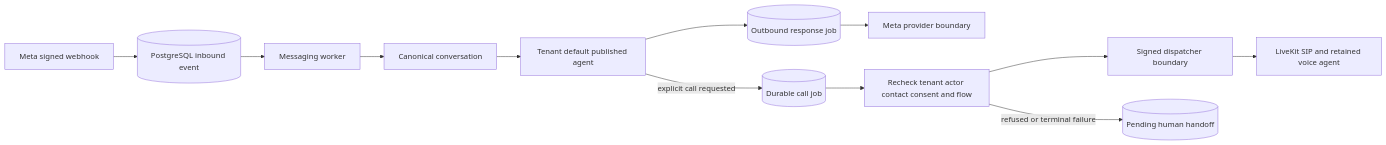
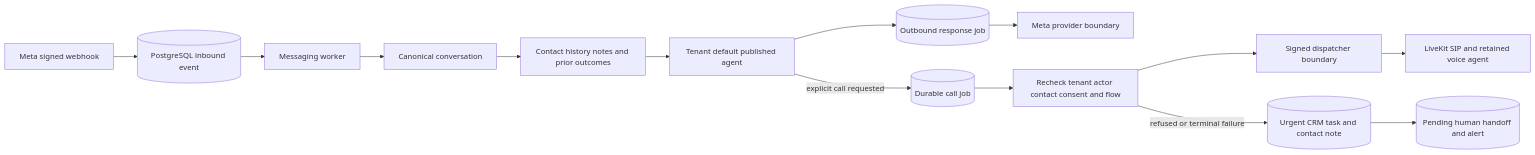
The diagram in docs/runbooks/whatsapp-ai-and-call.md (Or-On/OrOn-CRM), drawn with Mermaid before and after one commit. The commit also changed other lines of this file and 31 other files, not shown here.

````diff
--- a/docs/runbooks/whatsapp-ai-and-call.md
+++ b/docs/runbooks/whatsapp-ai-and-call.md
@@ -10,14 +10,16 @@
 ```mermaid
 flowchart LR
   Meta[Meta signed webhook] --> Inbox[(PostgreSQL inbound event)]
   Inbox --> Worker[Messaging worker]
   Worker --> Canonical[Canonical conversation]
-  Canonical --> AI[Tenant default published agent]
+  Canonical --> CRM[Contact history notes and prior outcomes]
+  CRM --> AI[Tenant default published agent]
   AI --> Outbox[(Outbound response job)]
   Outbox --> MetaSend[Meta provider boundary]
   AI -->|explicit call requested| CallJob[(Durable call job)]
   CallJob --> Recheck[Recheck tenant actor contact consent and flow]
   Recheck --> Dispatcher[Signed dispatcher boundary]
   Dispatcher --> Voice[LiveKit SIP and retained voice agent]
-  Recheck -->|refused or terminal failure| Handoff[(Pending human handoff)]
+  Recheck -->|refused or terminal failure| Ticket[(Urgent CRM task and contact note)]
+  Ticket --> Handoff[(Pending human handoff and alert)]
 ```
````
